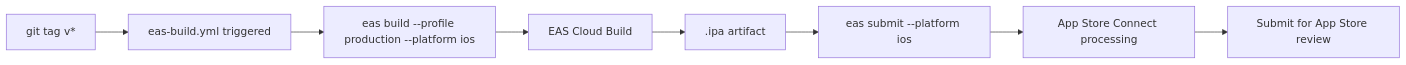
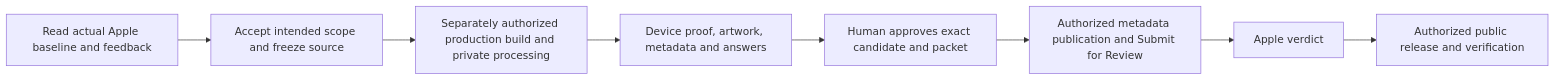
The diagram in docs/engineering/devops/ios-release-runbook.md (dgmolla/fitsy), drawn with Mermaid before and after one commit. The commit also changed other lines of this file and 8 other files, not shown here.

Commit message:
Prepare next App Store submission: change summary for human review (#444)

````diff
--- a/docs/engineering/devops/ios-release-runbook.md
+++ b/docs/engineering/devops/ios-release-runbook.md
@@ -15,10 +14,10 @@
 ```mermaid
 flowchart LR
-    A[git tag v*] --> B[eas-build.yml triggered]
-    B --> C[eas build --profile production --platform ios]
-    C --> D[EAS Cloud Build]
-    D --> E[.ipa artifact]
-    E --> F[eas submit --platform ios]
-    F --> G[App Store Connect processing]
-    G --> H[Submit for App Store review]
+  A[Read actual Apple baseline and feedback] --> B[Accept intended scope and freeze source]
+  B --> C[Separately authorized production build and private processing]
+  C --> D[Device proof, artwork, metadata and answers]
+  D --> E[Human approves exact candidate and packet]
+  E --> F[Authorized metadata publication and Submit for Review]
+  F --> G[Apple verdict]
+  G --> H[Authorized public release and verification]
 ```
````
